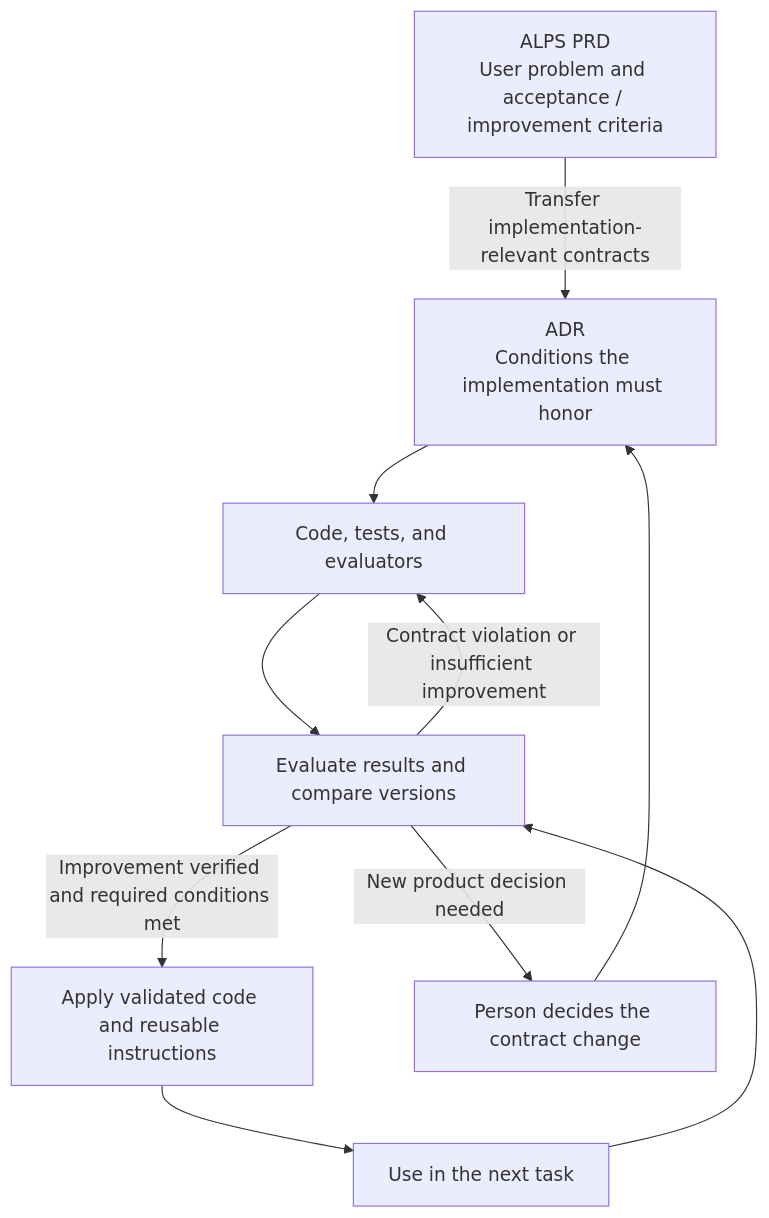
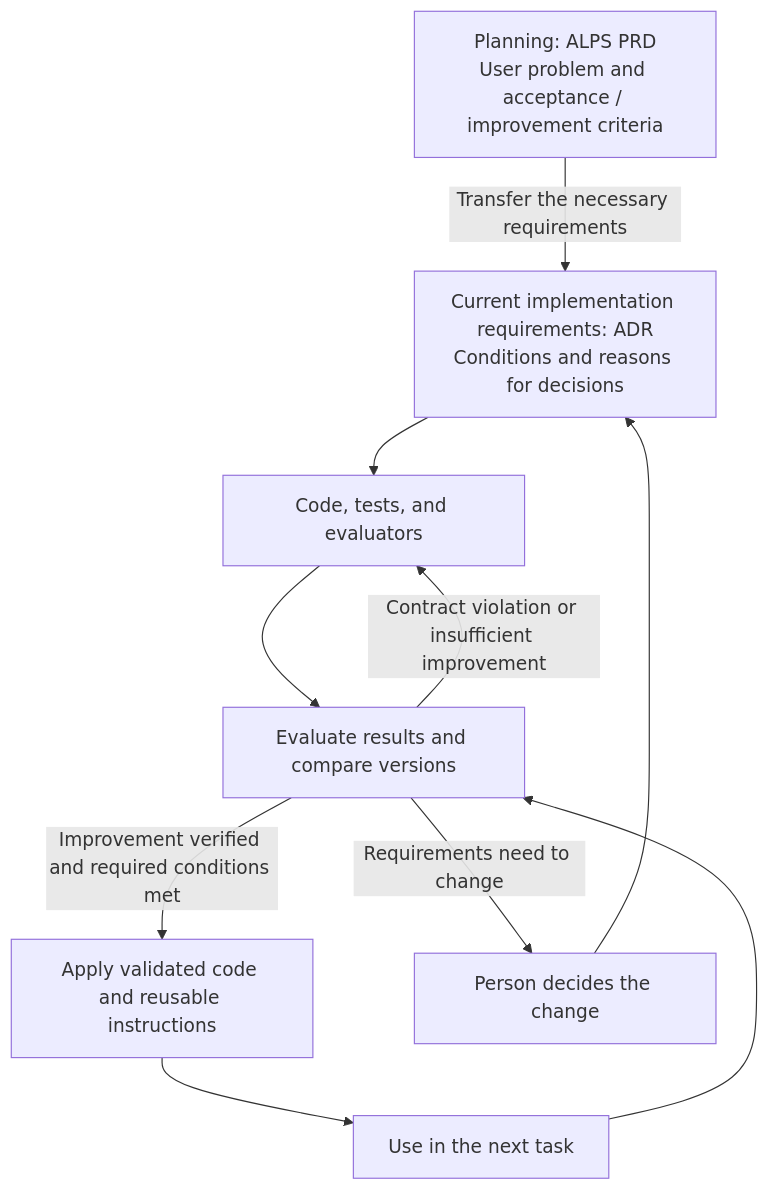
The second of 2 diagrams in _en/2026-10-05-software-factory-evals-and-tension-metrics.md (haandol/haandol.github.com), drawn with Mermaid before and after one commit. The commit also changed other lines of this file and 3 other files, not shown here.

````diff
--- a/_en/2026-10-05-software-factory-evals-and-tension-metrics.md
+++ b/_en/2026-10-05-software-factory-evals-and-tension-metrics.md
@@ -132,12 +142,12 @@
 ```mermaid
 flowchart TD
-    P["ALPS PRD<br/>User problem and acceptance / improvement criteria"] -->|Transfer implementation-relevant contracts| A["ADR<br/>Conditions the implementation must honor"]
+    P["Planning: ALPS PRD<br/>User problem and acceptance / improvement criteria"] -->|Transfer the necessary requirements| A["Current implementation requirements: ADR<br/>Conditions and reasons for decisions"]
     A --> C["Code, tests, and evaluators"]
     C --> E["Evaluate results and compare versions"]
     E -->|Contract violation or insufficient improvement| C
     E -->|Improvement verified and required conditions met| K["Apply validated code and reusable instructions"]
     K --> N["Use in the next task"]
     N --> E
-    E -->|New product decision needed| H["Person decides the contract change"]
+    E -->|Requirements need to change| H["Person decides the change"]
     H --> A
 ```
````
